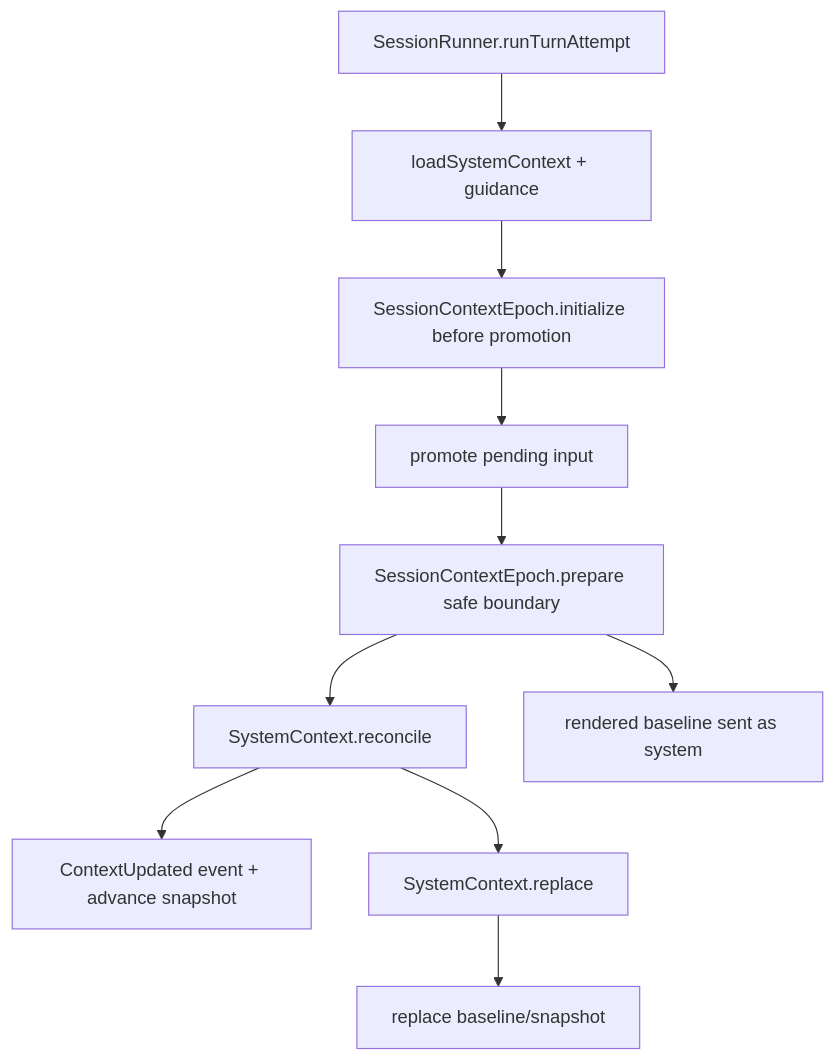
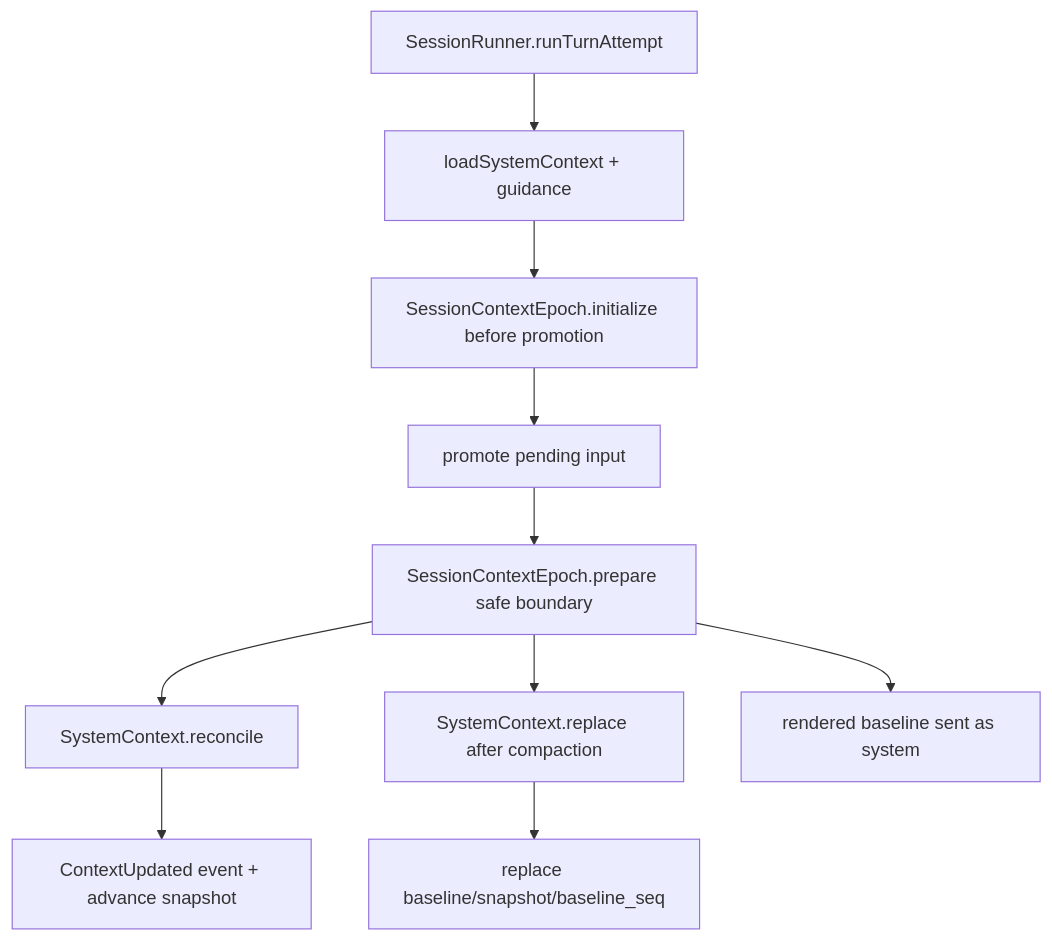
The diagram in docs/llm-wiki/opencode/spine/v2-context-epoch.md (wdnmdtonyma/SOTA-Agent-LLM-Wiki), drawn with Mermaid before and after one commit. The commit also changed other lines of this file and 544 other files, not shown here.

````diff
--- a/docs/llm-wiki/opencode/spine/v2-context-epoch.md
+++ b/docs/llm-wiki/opencode/spine/v2-context-epoch.md
@@ -23,12 +23,12 @@
 ```mermaid
 flowchart TD
   Runner["SessionRunner.runTurnAttempt"] --> Load["loadSystemContext + guidance"]
   Load --> Init["SessionContextEpoch.initialize before promotion"]
   Init --> Promote["promote pending input"]
   Promote --> Prepare["SessionContextEpoch.prepare safe boundary"]
   Prepare --> Reconcile["SystemContext.reconcile"]
   Reconcile --> Updated["ContextUpdated event + advance snapshot"]
-  Reconcile --> Replace["SystemContext.replace"]
-  Replace --> Replacement["replace baseline/snapshot"]
+  Prepare --> Replace["SystemContext.replace after compaction"]
+  Replace --> Replacement["replace baseline/snapshot/baseline_seq"]
   Prepare --> Baseline["rendered baseline sent as system"]
 ```
````
